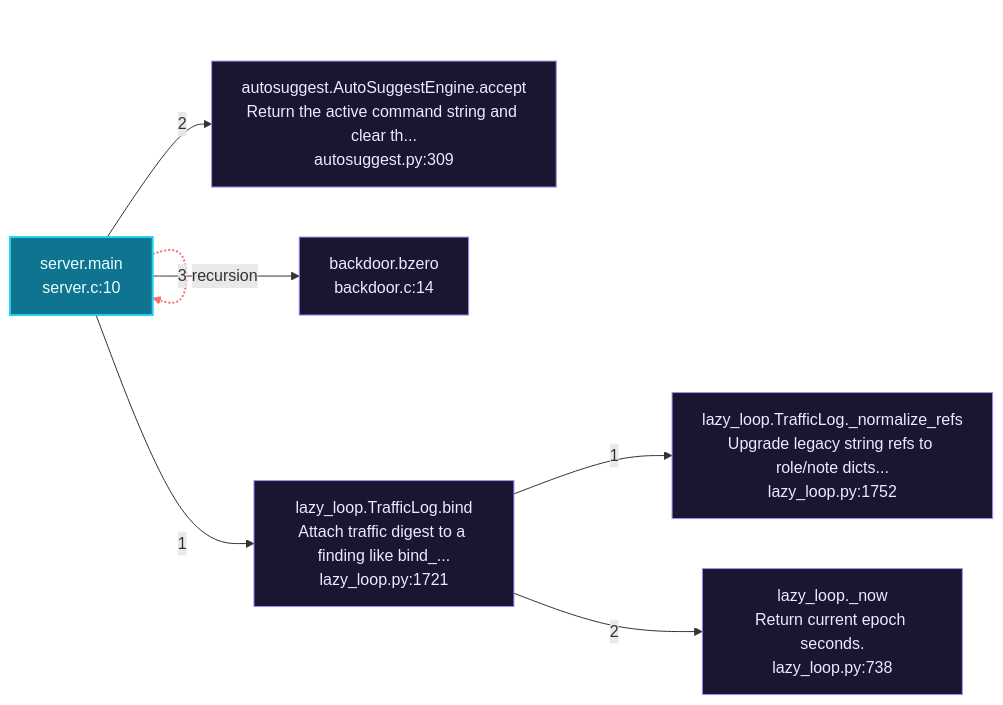
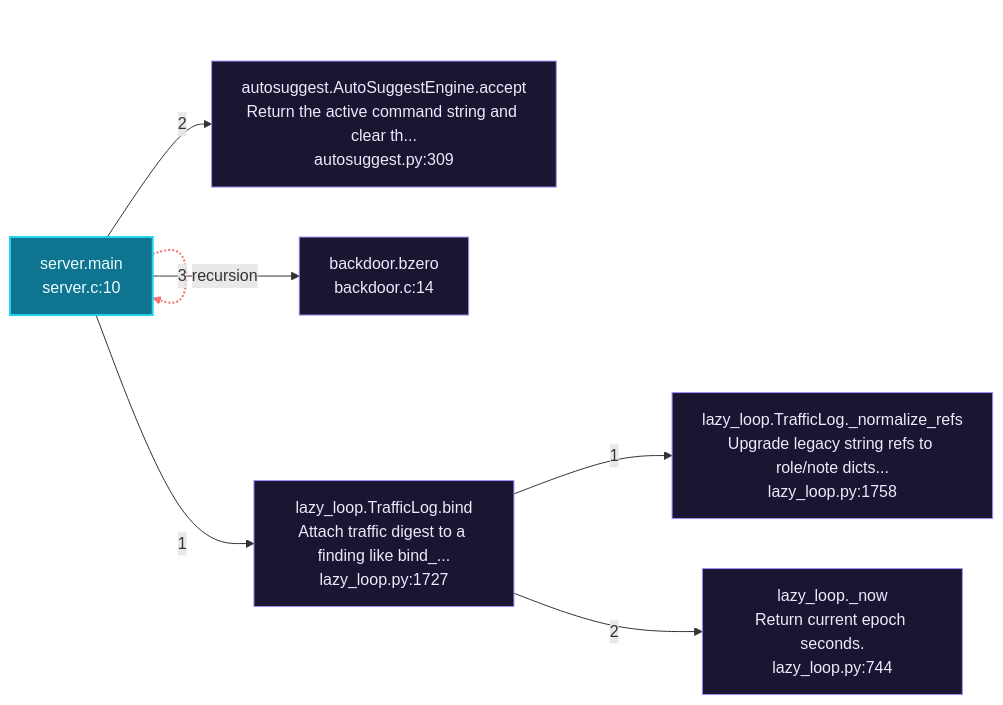
Before and after one commit to grisuno/LazyOwn: the second of 6 diagrams in readmenator-apidocs/architecture.md, drawn with Mermaid. The commit also changed other lines of this file and 199 other files, not shown here.

````diff
--- a/readmenator-apidocs/architecture.md
+++ b/readmenator-apidocs/architecture.md
@@ -163,18 +163,18 @@
 ```mermaid
 flowchart LR
     classDef entry fill:#0e7490,stroke:#22d3ee,color:#ecfeff,stroke-width:2px;
     classDef external fill:#1a1530,stroke:#a78bfa,color:#ede9fe;
     n_modules_backdoor_server_c__main["server.main<br/>server.c:10"]:::entry
-    n_modules_lazy_loop_py__bind["lazy_loop.TrafficLog.bind<br/>Attach traffic digest to a finding like bind_...<br/>lazy_loop.py:1721"]:::external
-    n_modules_lazy_loop_py___normalize_refs["lazy_loop.TrafficLog._normalize_refs<br/>Upgrade legacy string refs to role/note dicts...<br/>lazy_loop.py:1752"]:::external
-    n_modules_lazy_loop_py___now["lazy_loop._now<br/>Return current epoch seconds.<br/>lazy_loop.py:738"]:::external
+    n_modules_lazy_loop_py__bind["lazy_loop.TrafficLog.bind<br/>Attach traffic digest to a finding like bind_...<br/>lazy_loop.py:1727"]:::external
+    n_modules_lazy_loop_py___normalize_refs["lazy_loop.TrafficLog._normalize_refs<br/>Upgrade legacy string refs to role/note dicts...<br/>lazy_loop.py:1758"]:::external
+    n_modules_lazy_loop_py___now["lazy_loop._now<br/>Return current epoch seconds.<br/>lazy_loop.py:744"]:::external
     n_cli_autosuggest_py__accept["autosuggest.AutoSuggestEngine.accept<br/>Return the active command string and clear th...<br/>autosuggest.py:309"]:::external
     n_modules_backdoor_backdoor_c__bzero["backdoor.bzero<br/>backdoor.c:14"]:::external
     n_modules_backdoor_server_c__main -.->|"recursion"| n_modules_backdoor_server_c__main
     n_modules_backdoor_server_c__main -->|"1"| n_modules_lazy_loop_py__bind
     n_modules_lazy_loop_py__bind -->|"1"| n_modules_lazy_loop_py___normalize_refs
     n_modules_lazy_loop_py__bind -->|"2"| n_modules_lazy_loop_py___now
     n_modules_backdoor_server_c__main -->|"2"| n_cli_autosuggest_py__accept
     n_modules_backdoor_server_c__main -->|"3"| n_modules_backdoor_backdoor_c__bzero
     linkStyle 0 stroke:#f87171,stroke-width:2px;
 ```
````
